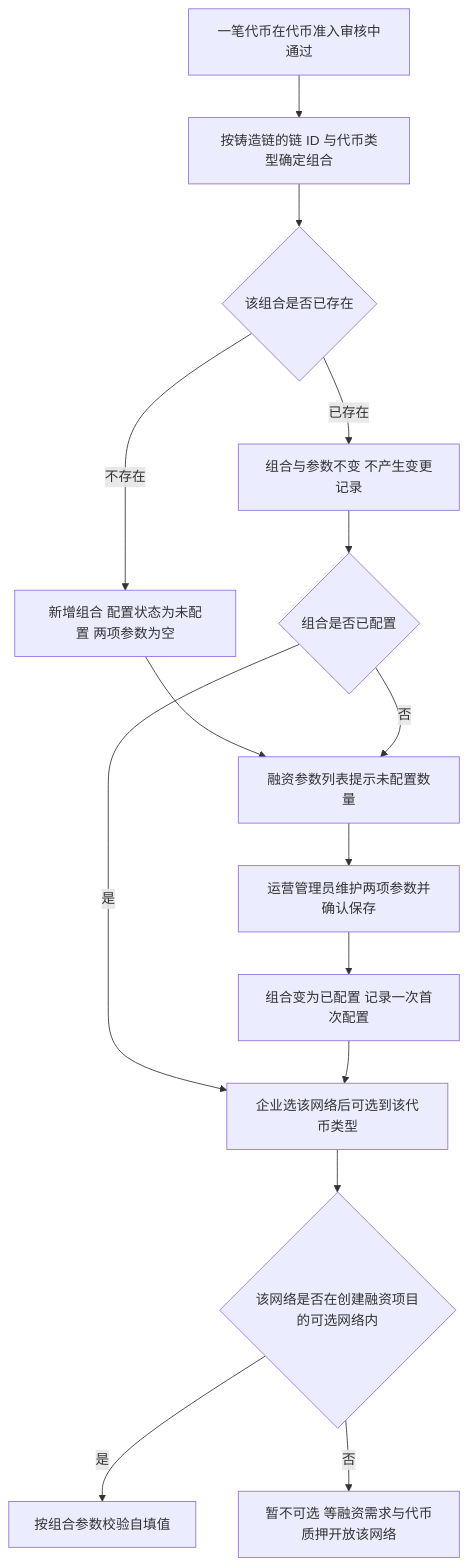
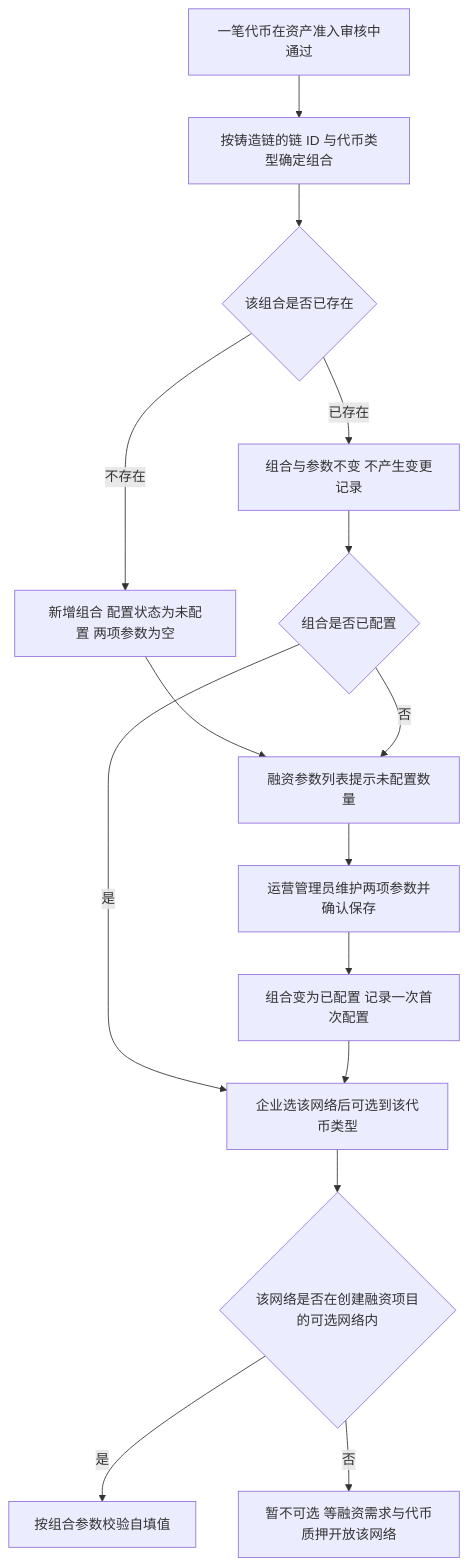
One commit to wxblockchain/Chain-Financing changed the first of 5 diagrams in lending-platform/PRD/运营端/02-运营端融资参数配置/02-运营端融资参数配置-流程图与状态机.md. Above: the diagram before and after it, drawn with Mermaid. The commit also changed other lines of this file and 18 other files, not shown here.

````diff
--- a/lending-platform/PRD/运营端/02-运营端融资参数配置/02-运营端融资参数配置-流程图与状态机.md
+++ b/lending-platform/PRD/运营端/02-运营端融资参数配置/02-运营端融资参数配置-流程图与状态机.md
@@ -18,17 +18,17 @@
 ```mermaid
 flowchart TD
-    A[一笔代币在代币准入审核中通过] --> B[按铸造链的链 ID 与代币类型确定组合]
+    A[一笔代币在资产准入审核中通过] --> B[按铸造链的链 ID 与代币类型确定组合]
     B --> C{该组合是否已存在}
     C -->|已存在| D[组合与参数不变 不产生变更记录]
     C -->|不存在| E[新增组合 配置状态为未配置 两项参数为空]
     E --> F[融资参数列表提示未配置数量]
     F --> G[运营管理员维护两项参数并确认保存]
     G --> H[组合变为已配置 记录一次首次配置]
     D --> I{组合是否已配置}
     I -->|否| F
     I -->|是| J[企业选该网络后可选到该代币类型]
     H --> J
     J --> K{该网络是否在创建融资项目的可选网络内}
     K -->|是| L[按组合参数校验自填值]
     K -->|否| M[暂不可选 等融资需求与代币质押开放该网络]
 ```
````
